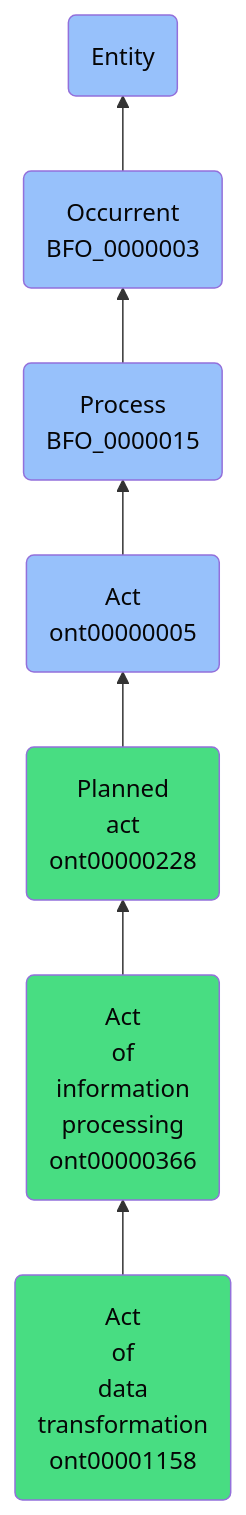
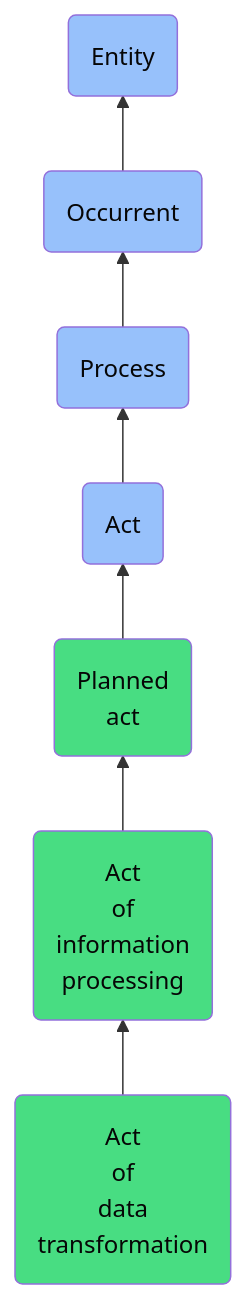
The diagram in docs/ontology/reference/model/Entity/Occurrent/Process/Act/Planned act/Act of information processing/Act of data transformation/Act of data transformation.md (jupyter-naas/abi), drawn with Mermaid before and after one commit. The commit also changed other lines of this file and 1430 other files, not shown here.

````diff
--- a/docs/ontology/reference/model/Entity/Occurrent/Process/Act/Planned act/Act of information processing/Act of data transformation/Act of data transformation.md
+++ b/docs/ontology/reference/model/Entity/Occurrent/Process/Act/Planned act/Act of information processing/Act of data transformation/Act of data transformation.md
@@ -24,14 +24,14 @@
 ```mermaid
 graph BT
-    ont00001158(Act<br>of<br>data<br>transformation<br>ont00001158):::ABI-->ont00000366
-    ont00000366(Act<br>of<br>information<br>processing<br>ont00000366):::ABI-->ont00000228
-    ont00000228(Planned<br>act<br>ont00000228):::ABI-->ont00000005
-    ont00000005(Act<br>ont00000005):::BFO-->BFO_0000015
-    BFO_0000015(Process<br>BFO_0000015):::BFO-->BFO_0000003
-    BFO_0000003(Occurrent<br>BFO_0000003):::BFO-->BFO_0000001
+    ont00001158(Act<br>of<br>data<br>transformation):::ABI-->ont00000366
+    ont00000366(Act<br>of<br>information<br>processing):::ABI-->ont00000228
+    ont00000228(Planned<br>act):::ABI-->ont00000005
+    ont00000005(Act):::BFO-->BFO_0000015
+    BFO_0000015(Process):::BFO-->BFO_0000003
+    BFO_0000003(Occurrent):::BFO-->BFO_0000001
     BFO_0000001(Entity):::BFO
     
     classDef BFO fill:#97c1fb,color:#060606
     classDef CCO fill:#e4c51e,color:#060606
     classDef ABI fill:#48DD82,color:#060606
 ```
````
